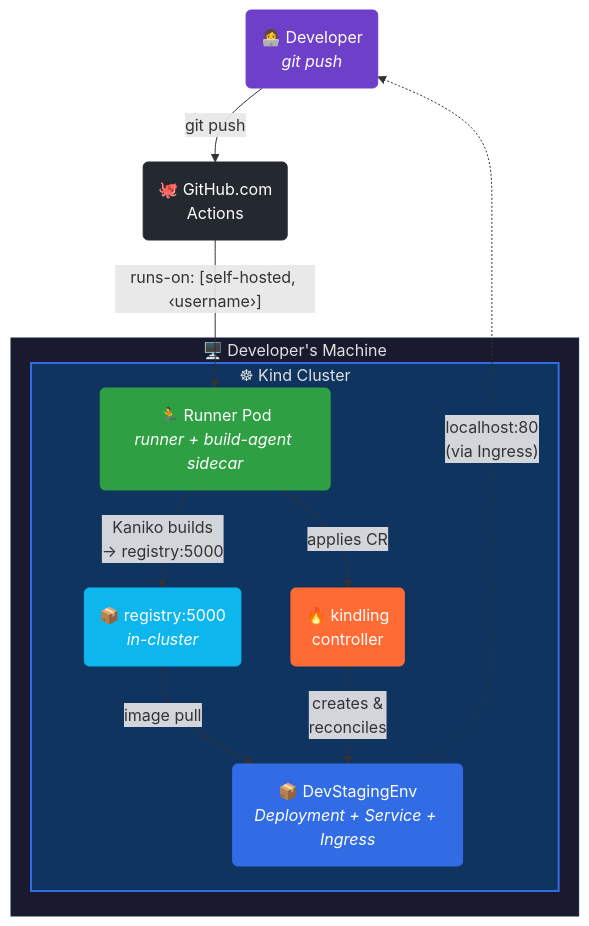
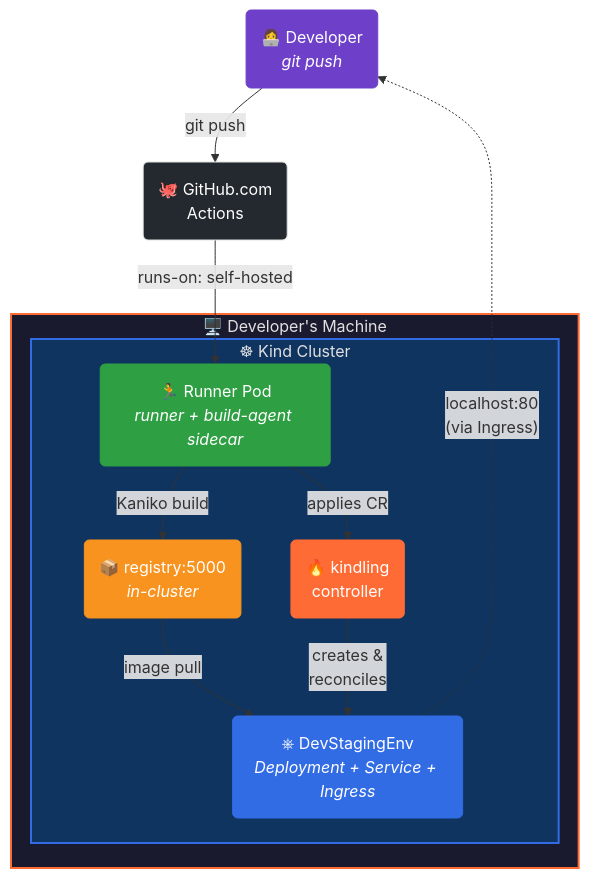
One commit to kindling-sh/kindling changed the first of 3 diagrams in README.md. Above: the diagram before and after it, drawn with Mermaid. The commit also changed other lines of this file and 4 other files, not shown here.

First line of the commit message:
fix: broken architecture diagram (reserved 'default' keyword), improve diagram branding

````diff
--- a/README.md
+++ b/README.md
@@ -36,33 +36,33 @@
 ```mermaid
 flowchart TB
     dev("👩‍💻 Developer\n<i>git push</i>")
     gh("🐙 GitHub.com\nActions")
 
     dev -- "git push" --> gh
-    gh -- "runs-on: [self-hosted, ‹username›]" --> runner
+    gh -- "runs-on: self-hosted" --> runner
 
     subgraph machine["🖥️  Developer's Machine"]
         subgraph kind["☸  Kind Cluster"]
             controller("🔥 kindling\ncontroller")
             runner("🏃 Runner Pod\n<i>runner + build-agent sidecar</i>")
             registry("📦 registry:5000\n<i>in-cluster</i>")
-            staging("📦 DevStagingEnv\n<i>Deployment + Service + Ingress</i>")
+            staging("⎈ DevStagingEnv\n<i>Deployment + Service + Ingress</i>")
 
-            runner -- "Kaniko builds\n→ registry:5000" --> registry
+            runner -- "Kaniko build" --> registry
             registry -- "image pull" --> staging
             controller -- "creates &\nreconciles" --> staging
             runner -- "applies CR" --> controller
         end
     end
 
     staging -. "localhost:80\n(via Ingress)" .-> dev
 
-    style machine fill:#1a1a2e,stroke:#16213e,color:#e0e0e0
+    style machine fill:#1a1a2e,stroke:#FF6B35,color:#e0e0e0,stroke-width:2px
     style kind fill:#0f3460,stroke:#326CE5,color:#e0e0e0,stroke-width:2px
     style controller fill:#FF6B35,stroke:#FF6B35,color:#fff
     style runner fill:#2ea043,stroke:#2ea043,color:#fff
-    style registry fill:#0db7ed,stroke:#0db7ed,color:#fff
+    style registry fill:#F7931E,stroke:#F7931E,color:#fff
     style staging fill:#326CE5,stroke:#326CE5,color:#fff
     style dev fill:#6e40c9,stroke:#6e40c9,color:#fff
-    style gh fill:#24292f,stroke:#24292f,color:#fff
+    style gh fill:#24292f,stroke:#e0e0e0,color:#fff
 ```
````
